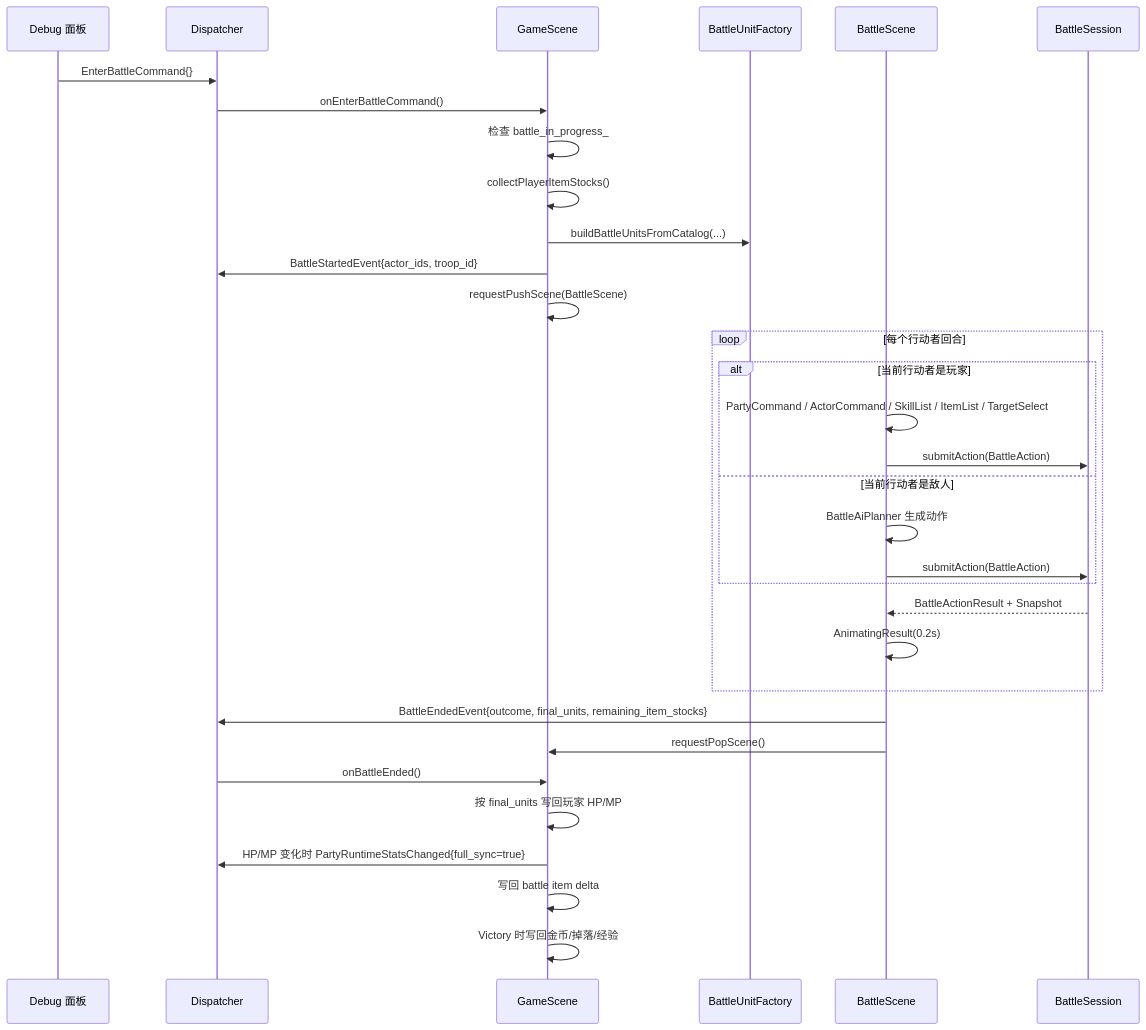
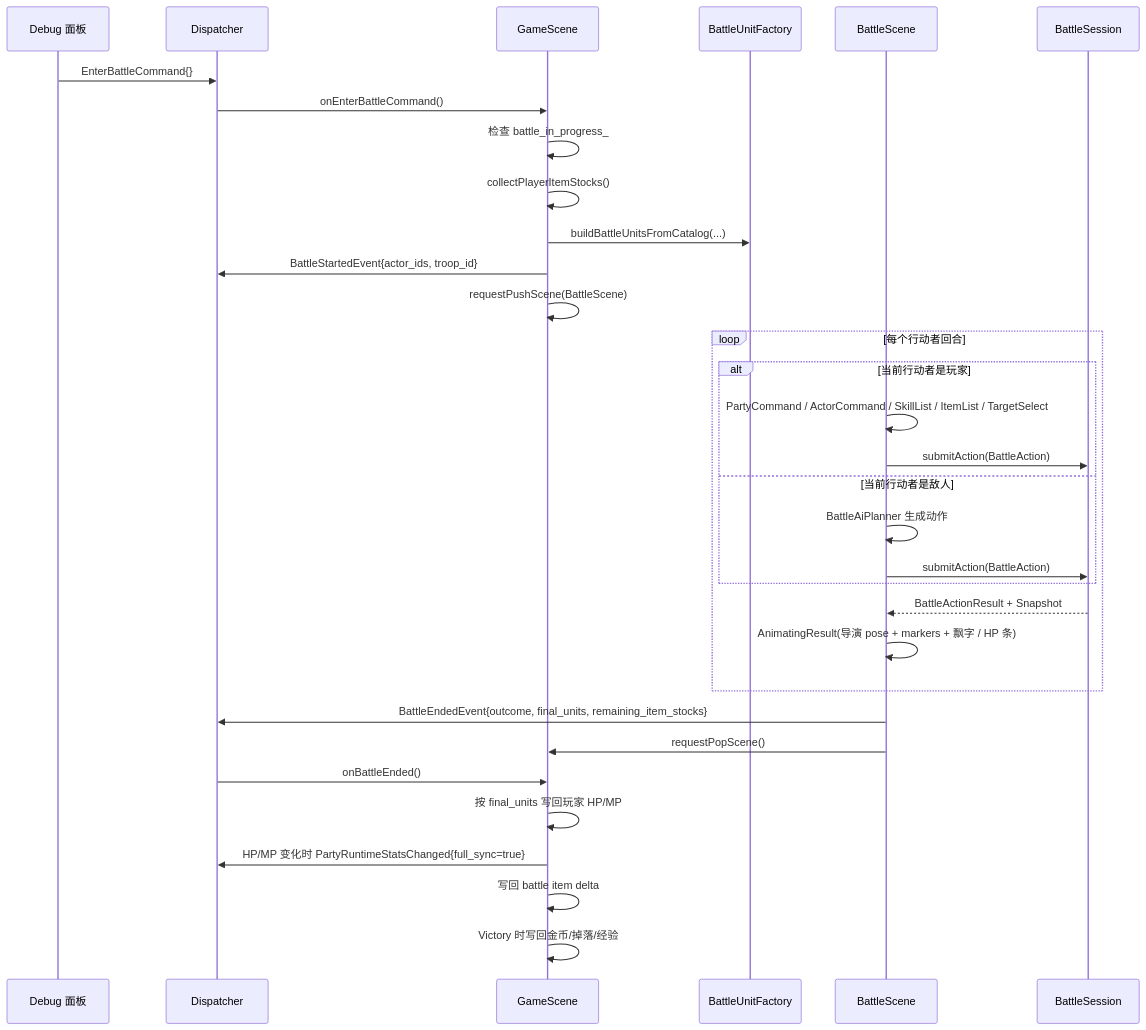
One commit to WispSnow/TinyFarmRPG changed the eighth of 8 diagrams in docs/gameplay/turn-based-battle.md. Above: the diagram before and after it, drawn with Mermaid. The commit also changed other lines of this file and 15 other files, not shown here.

````diff
--- a/docs/gameplay/turn-based-battle.md
+++ b/docs/gameplay/turn-based-battle.md
@@ -460,37 +468,37 @@
 ```mermaid
 sequenceDiagram
     participant DBG as Debug 面板
     participant D as Dispatcher
     participant GS as GameScene
     participant BUF as BattleUnitFactory
     participant BS as BattleScene
     participant SE as BattleSession
 
     DBG->>D: EnterBattleCommand{}
     D->>GS: onEnterBattleCommand()
     GS->>GS: 检查 battle_in_progress_
     GS->>GS: collectPlayerItemStocks()
     GS->>BUF: buildBattleUnitsFromCatalog(...)
     GS->>D: BattleStartedEvent{actor_ids, troop_id}
     GS->>GS: requestPushScene(BattleScene)
 
     loop 每个行动者回合
         alt 当前行动者是玩家
             BS->>BS: PartyCommand / ActorCommand / SkillList / ItemList / TargetSelect
             BS->>SE: submitAction(BattleAction)
         else 当前行动者是敌人
             BS->>BS: BattleAiPlanner 生成动作
             BS->>SE: submitAction(BattleAction)
         end
         SE-->>BS: BattleActionResult + Snapshot
-        BS->>BS: AnimatingResult(0.2s)
+        BS->>BS: AnimatingResult(导演 pose + markers + 飘字 / HP 条)
     end
 
     BS->>D: BattleEndedEvent{outcome, final_units, remaining_item_stocks}
     BS->>GS: requestPopScene()
     D->>GS: onBattleEnded()
     GS->>GS: 按 final_units 写回玩家 HP/MP
     GS->>D: HP/MP 变化时 PartyRuntimeStatsChanged{full_sync=true}
     GS->>GS: 写回 battle item delta
     GS->>GS: Victory 时写回金币/掉落/经验
 ```
````
